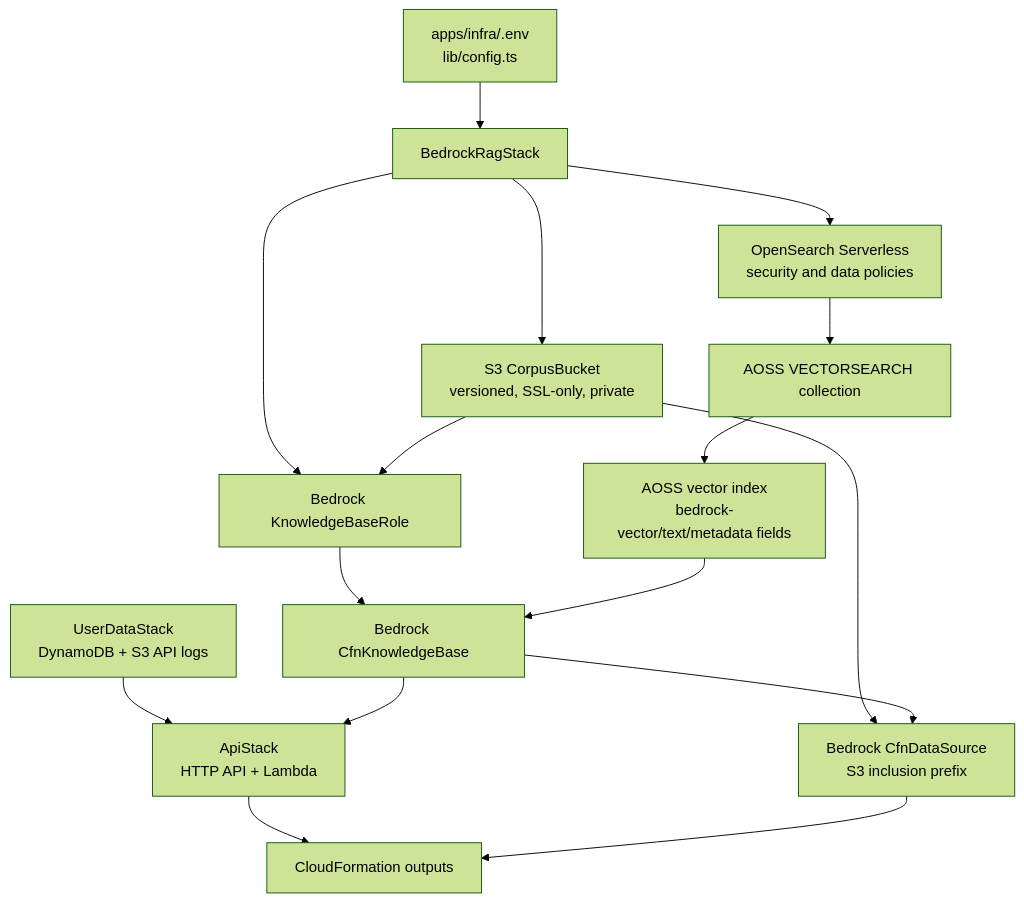
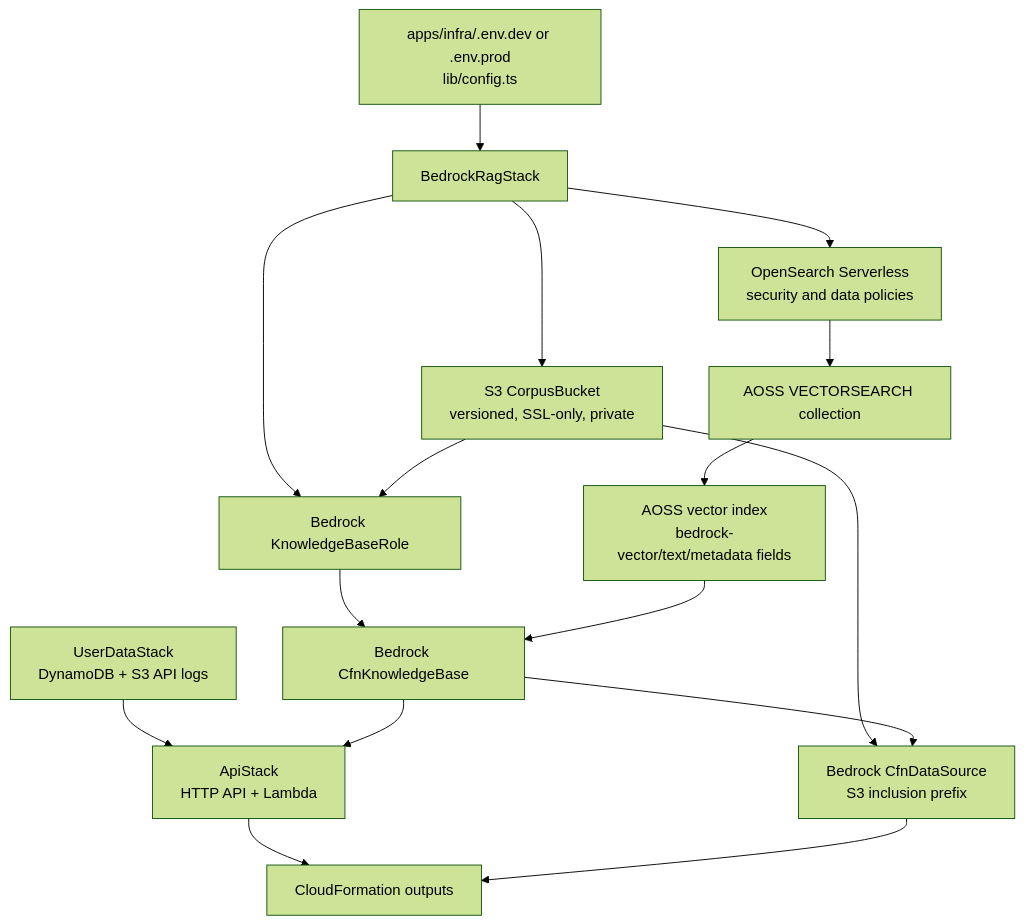
The second of 3 diagrams in docs/bedrock_rag_api_integration.md (ava-collins/simple-tarot), drawn with Mermaid (forest theme) before and after one commit. The commit also changed other lines of this file and 4 other files, not shown here.

````diff
--- a/docs/bedrock_rag_api_integration.md
+++ b/docs/bedrock_rag_api_integration.md
@@ -173,31 +173,31 @@
 ```mermaid
 flowchart TB
-    Config["apps/infra/.env<br/>lib/config.ts"]
+    Config["apps/infra/.env.dev or .env.prod<br/>lib/config.ts"]
     Stack["BedrockRagStack"]
     Bucket["S3 CorpusBucket<br/>versioned, SSL-only, private"]
     Policies["OpenSearch Serverless<br/>security and data policies"]
     Collection["AOSS VECTORSEARCH collection"]
     Index["AOSS vector index<br/>bedrock-vector/text/metadata fields"]
     Role["Bedrock KnowledgeBaseRole"]
     KB["Bedrock CfnKnowledgeBase"]
     DS["Bedrock CfnDataSource<br/>S3 inclusion prefix"]
     UserData["UserDataStack<br/>DynamoDB + S3 API logs"]
     APIStack["ApiStack<br/>HTTP API + Lambda"]
     Outputs["CloudFormation outputs"]
 
     Config --> Stack
     Stack --> Bucket
     Stack --> Policies
     Policies --> Collection
     Collection --> Index
     Stack --> Role
     Bucket --> Role
     Role --> KB
     Index --> KB
     Bucket --> DS
     KB --> DS
     UserData --> APIStack
     KB --> APIStack
     APIStack --> Outputs
     DS --> Outputs
 ```
````
